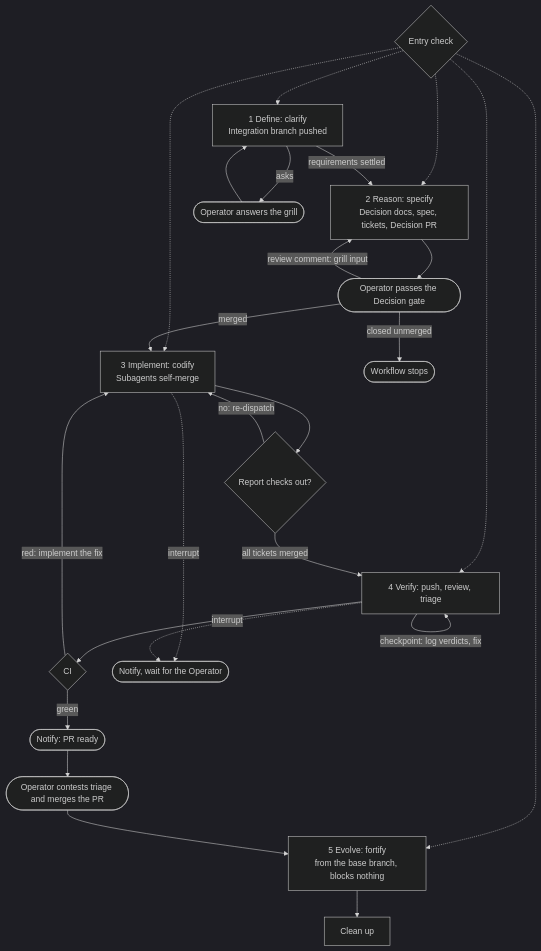
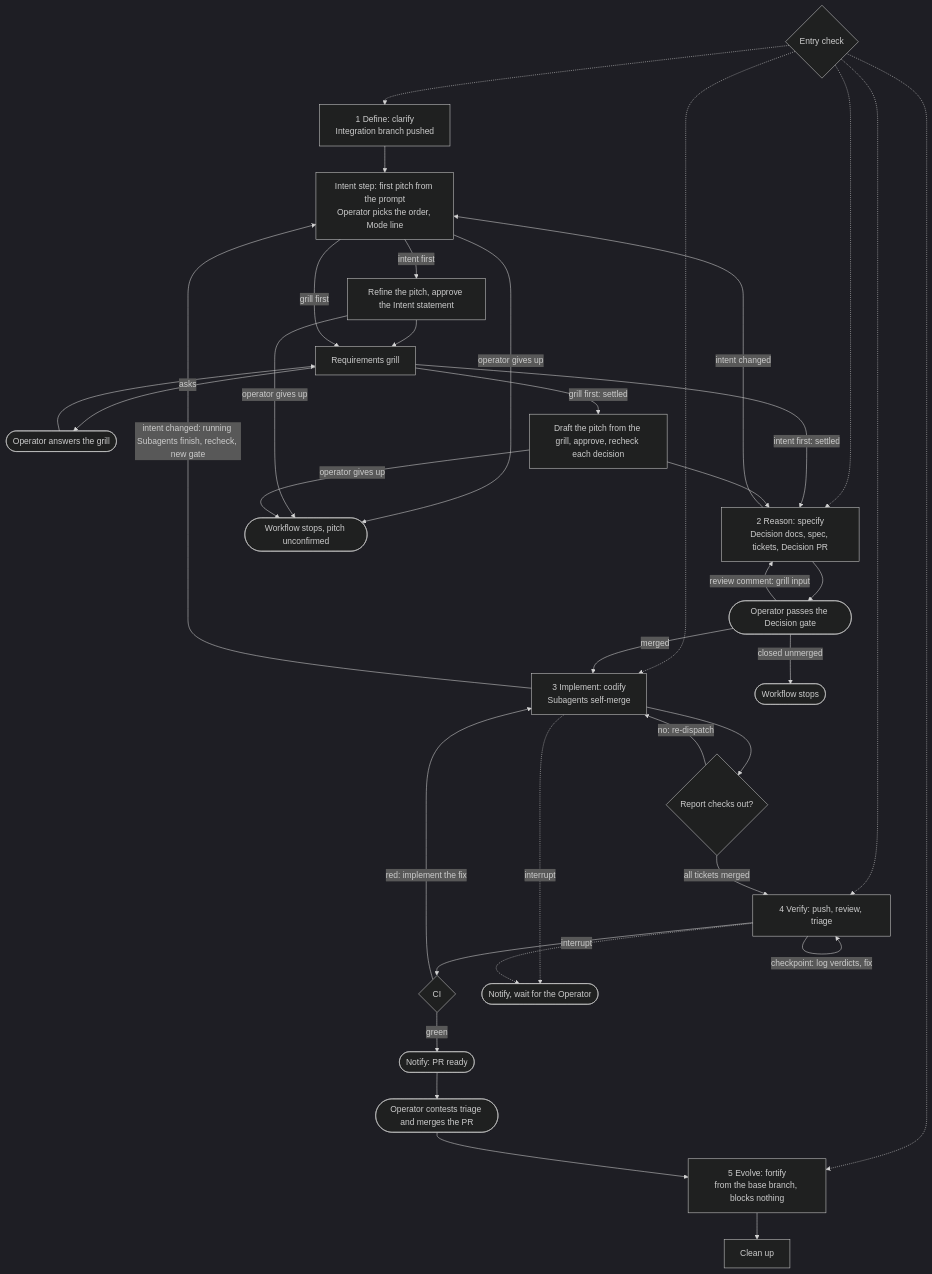
The diagram in skills/drive/references/workflow.md (hancrafted/skills), drawn with Mermaid (dark theme) before and after one commit. The commit also changed other lines of this file and 7 other files, not shown here.

First line of the commit message:
feat(drive): add the Intent step to Define and its downstream use

````diff
--- a/skills/drive/references/workflow.md
+++ b/skills/drive/references/workflow.md
@@ -5,27 +5,38 @@
 ```mermaid
 flowchart TD
   E{Entry check} -.-> D
   E -.-> R
   E -.-> I
   E -.-> V
   E -.-> F
-  D["1 Define: clarify<br/>Integration branch pushed"] -->|asks| S1([Operator answers the grill])
-  S1 --> D
-  D -->|requirements settled| R["2 Reason: specify<br/>Decision docs, spec, tickets, Decision PR"]
+  D["1 Define: clarify<br/>Integration branch pushed"] --> P["Intent step: first pitch from the prompt<br/>Operator picks the order, Mode line"]
+  P -->|intent first| IA["Refine the pitch, approve the Intent statement"]
+  IA --> GR["Requirements grill"]
+  GR -->|asks| S1([Operator answers the grill])
+  S1 --> GR
+  P -->|grill first| GR
+  GR -->|grill first: settled| IB["Draft the pitch from the grill, approve, recheck each decision"]
+  GR -->|intent first: settled| R
+  IB --> R["2 Reason: specify<br/>Decision docs, spec, tickets, Decision PR"]
+  P -->|operator gives up| X1([Workflow stops, pitch unconfirmed])
+  IA -->|operator gives up| X1
+  IB -->|operator gives up| X1
   R --> G([Operator passes the Decision gate])
   G -->|review comment: grill input| R
   G -->|merged| I["3 Implement: codify<br/>Subagents self-merge"]
   G -->|closed unmerged| X0([Workflow stops])
   I --> C{Report checks out?}
   C -->|no: re-dispatch| I
   C -->|all tickets merged| V["4 Verify: push, review, triage"]
   V -->|checkpoint: log verdicts, fix| V
   V --> CI{CI}
   CI -->|red: implement the fix| I
   CI -->|green| N([Notify: PR ready])
   N --> M([Operator contests triage and merges the PR])
+  I -->|intent changed: running Subagents finish, recheck, new gate| P
+  R -->|intent changed| P
   I -.->|interrupt| NI([Notify, wait for the Operator])
   V -.->|interrupt| NI
   M --> F["5 Evolve: fortify<br/>from the base branch, blocks nothing"]
   F --> X[Clean up]
 ```
````
